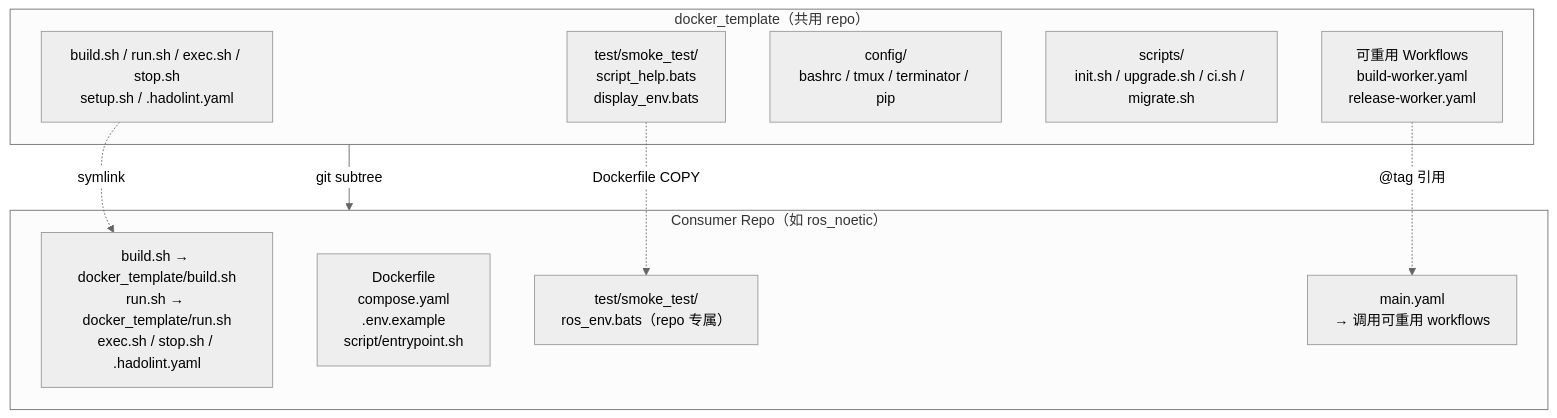
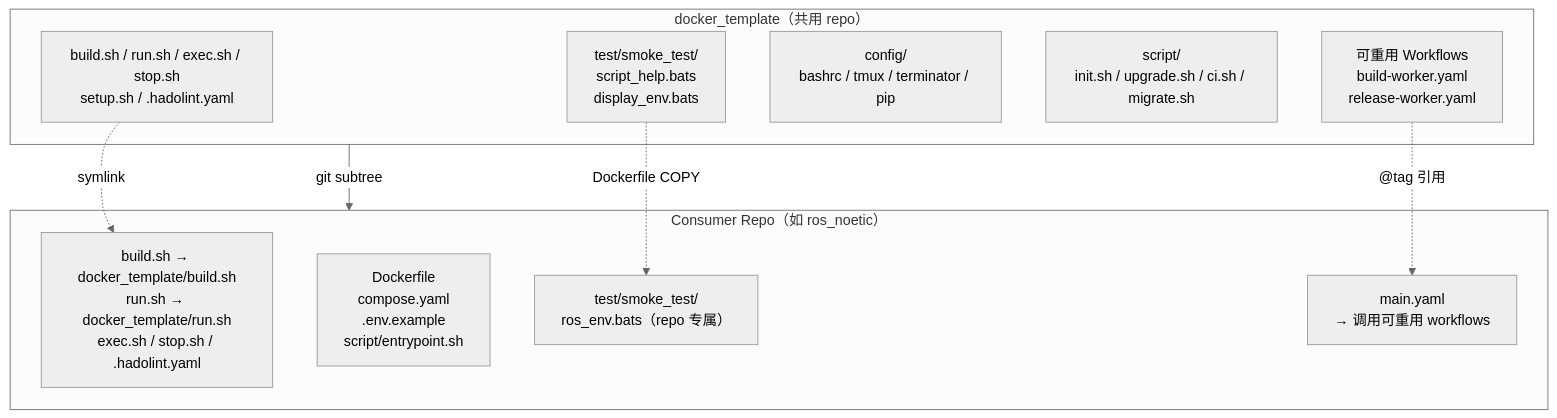
Before and after one commit to ycpss91255-docker/docker_template: the first of 2 diagrams in doc/readme/README.zh-CN.md, drawn with Mermaid (neutral theme). The commit also changed other lines of this file and 11 other files, not shown here.

First line of the commit message:
refactor: rename scripts/ → script/ (no plural)

````diff
--- a/doc/readme/README.zh-CN.md
+++ b/doc/readme/README.zh-CN.md
@@ -39,22 +39,22 @@
 ```mermaid
 graph TB
     subgraph docker_template["docker_template（共用 repo）"]
         scripts["build.sh / run.sh / exec.sh / stop.sh<br/>setup.sh / .hadolint.yaml"]
         smoke["test/smoke_test/<br/>script_help.bats<br/>display_env.bats"]
         config["config/<br/>bashrc / tmux / terminator / pip"]
-        mgmt["scripts/<br/>init.sh / upgrade.sh / ci.sh / migrate.sh"]
+        mgmt["script/<br/>init.sh / upgrade.sh / ci.sh / migrate.sh"]
         workflows["可重用 Workflows<br/>build-worker.yaml<br/>release-worker.yaml"]
     end
 
     subgraph consumer["Consumer Repo（如 ros_noetic）"]
         symlinks["build.sh → docker_template/build.sh<br/>run.sh → docker_template/run.sh<br/>exec.sh / stop.sh / .hadolint.yaml"]
         dockerfile["Dockerfile<br/>compose.yaml<br/>.env.example<br/>script/entrypoint.sh"]
         repo_test["test/smoke_test/<br/>ros_env.bats（repo 专属）"]
         main_yaml["main.yaml<br/>→ 调用可重用 workflows"]
     end
 
     docker_template -- "git subtree" --> consumer
     scripts -. "symlink" .-> symlinks
     smoke -. "Dockerfile COPY" .-> repo_test
     workflows -. "@tag 引用" .-> main_yaml
 ```
````
